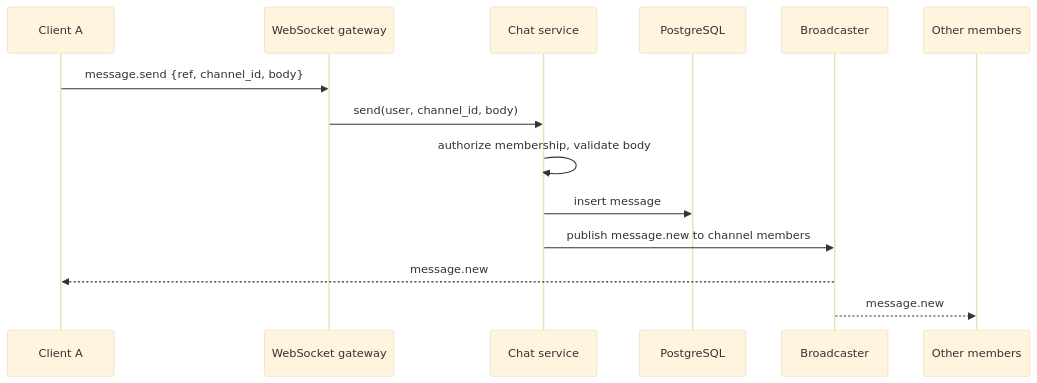
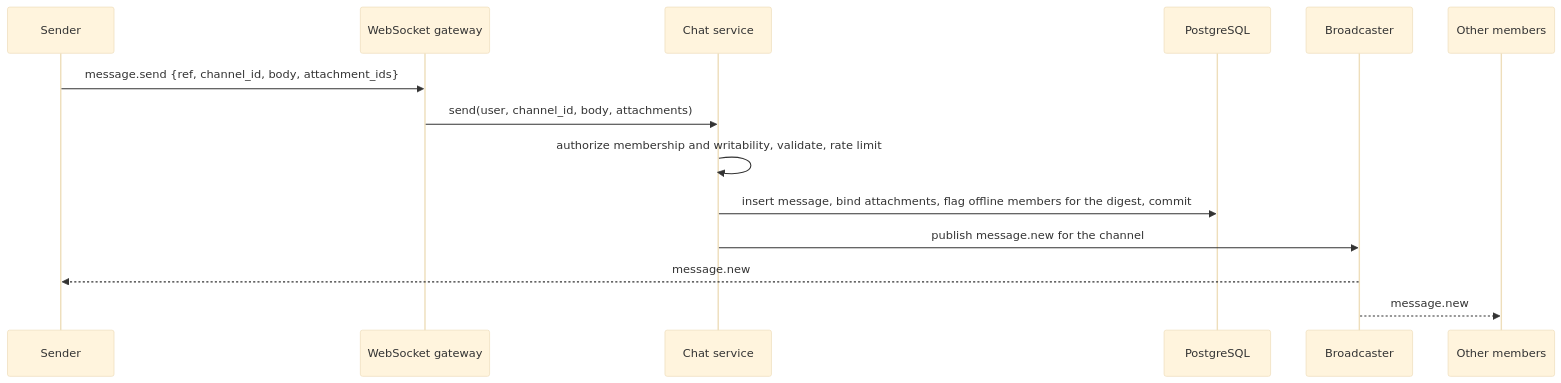
The first of 3 diagrams in knowledge/specs/realtime-and-video.md (klukashka/ovc), drawn with Mermaid (base theme) before and after one commit. The commit also changed other lines of this file and 41 other files, not shown here.

````diff
--- a/knowledge/specs/realtime-and-video.md
+++ b/knowledge/specs/realtime-and-video.md
@@ -48,16 +73,16 @@
 ```mermaid
 sequenceDiagram
-  participant A as Client A
+  participant A as Sender
   participant GW as WebSocket gateway
   participant SVC as Chat service
   participant DB as PostgreSQL
   participant BC as Broadcaster
   participant B as Other members
-  A->>GW: message.send {ref, channel_id, body}
-  GW->>SVC: send(user, channel_id, body)
-  SVC->>SVC: authorize membership, validate body
-  SVC->>DB: insert message
-  SVC->>BC: publish message.new to channel members
+  A->>GW: message.send {ref, channel_id, body, attachment_ids}
+  GW->>SVC: send(user, channel_id, body, attachments)
+  SVC->>SVC: authorize membership and writability, validate, rate limit
+  SVC->>DB: insert message, bind attachments, flag offline members for the digest, commit
+  SVC->>BC: publish message.new for the channel
   BC-->>A: message.new
   BC-->>B: message.new
 ```
````
